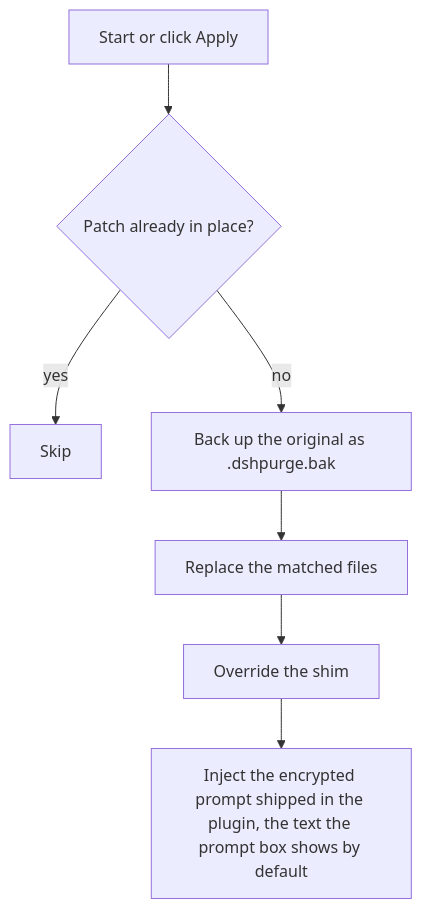
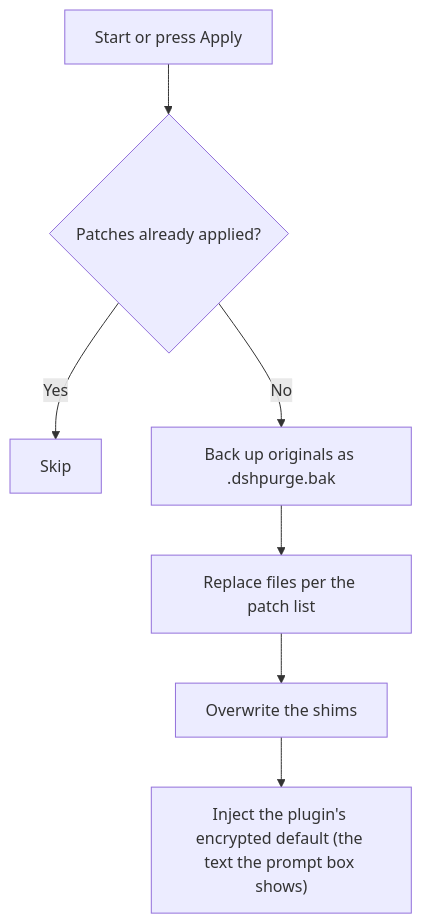
One commit to jayceoncynical/dsh-purge changed the first of 4 diagrams in README.md. Above: the diagram before and after it, drawn with Mermaid. The commit also changed other lines of this file and 8 other files, not shown here.

````diff
--- a/README.md
+++ b/README.md
@@ -484,9 +423,9 @@
 ```mermaid
 flowchart TD
-  A["Start or click Apply"] --> B{"Patch already in place?"}
-  B -->|yes| C["Skip"]
-  B -->|no| D["Back up the original as .dshpurge.bak"]
-  D --> E["Replace the matched files"]
-  E --> F["Override the shim"]
-  F --> G["Inject the encrypted prompt shipped in the plugin, the text the prompt box shows by default"]
+  A["Start or press Apply"] --> B{"Patches already applied?"}
+  B -->|Yes| C["Skip"]
+  B -->|No| D["Back up originals as .dshpurge.bak"]
+  D --> E["Replace files per the patch list"]
+  E --> F["Overwrite the shims"]
+  F --> G["Inject the plugin's encrypted default (the text the prompt box shows)"]
 ```
````
